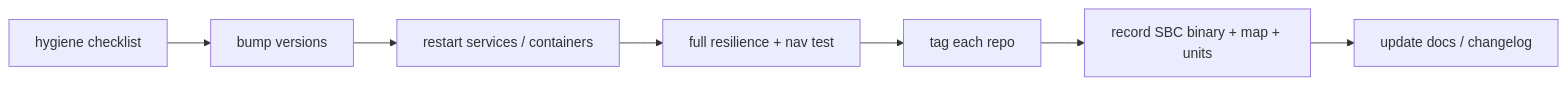
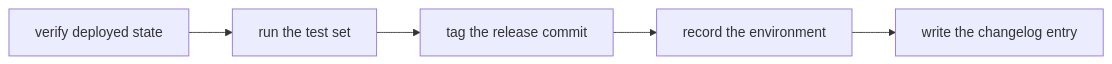
Before and after one commit to cmu-impactlab/patrolbot: the diagram in docs/contributing/release-process.md, drawn with Mermaid. The commit also changed other lines of this file and 7 other files, not shown here.

````diff
--- a/docs/contributing/release-process.md
+++ b/docs/contributing/release-process.md
@@ -51,9 +47,7 @@
 ```mermaid
 flowchart LR
-    A["hygiene checklist"] --> B["bump versions"]
-    B --> C["restart services / containers"]
-    C --> D["full resilience + nav test"]
-    D --> E["tag each repo"]
-    E --> F["record SBC binary + map + units"]
-    F --> G["update docs / changelog"]
+    A["verify deployed state"] --> B["run the test set"]
+    B --> C["tag the release commit"]
+    C --> D["record the environment"]
+    D --> E["write the changelog entry"]
 ```
````
